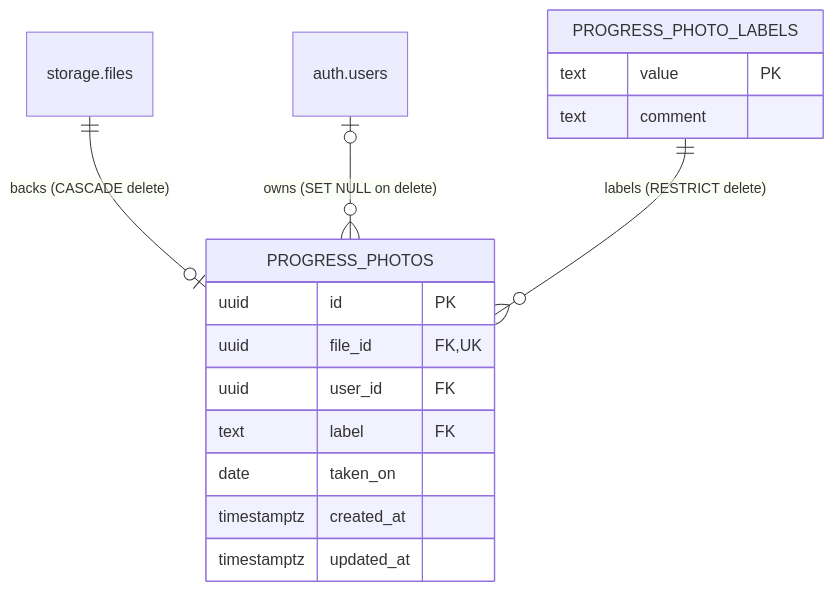
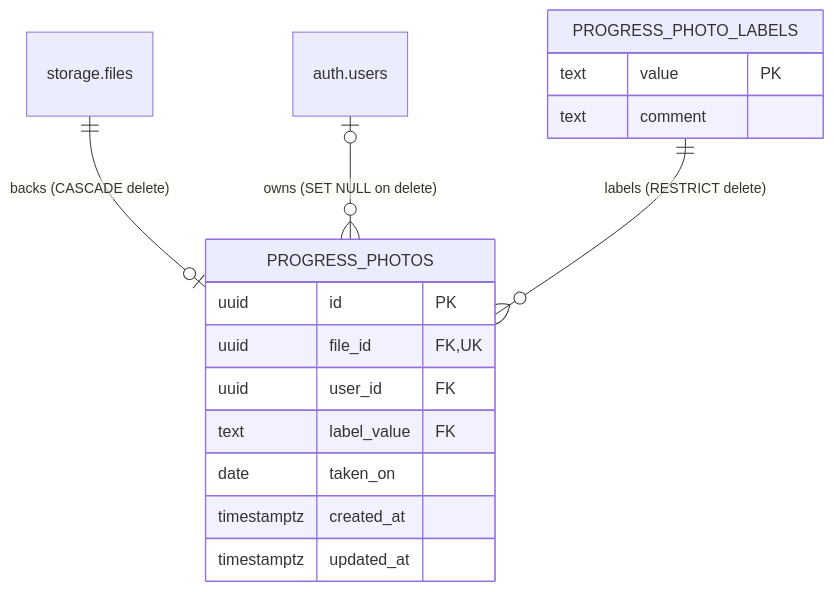
Before and after one commit to dbarrosop/neogym: the fourth of 5 diagrams in docs/developers/database.md, drawn with Mermaid. The commit also changed other lines of this file and 10 other files, not shown here.

````diff
--- a/docs/developers/database.md
+++ b/docs/developers/database.md
@@ -192,23 +192,23 @@
 ```mermaid
 erDiagram
     STORAGE_FILES["storage.files"]
     AUTH_USERS["auth.users"]
 
     PROGRESS_PHOTO_LABELS {
         text value PK
         text comment
     }
     PROGRESS_PHOTOS {
         uuid id PK
         uuid file_id FK, UK
         uuid user_id FK
-        text label FK
+        text label_value FK
         date taken_on
         timestamptz created_at
         timestamptz updated_at
     }
 
     STORAGE_FILES ||--o| PROGRESS_PHOTOS : "backs (CASCADE delete)"
     AUTH_USERS |o--o{ PROGRESS_PHOTOS : "owns (SET NULL on delete)"
     PROGRESS_PHOTO_LABELS ||--o{ PROGRESS_PHOTOS : "labels (RESTRICT delete)"
 ```
````
